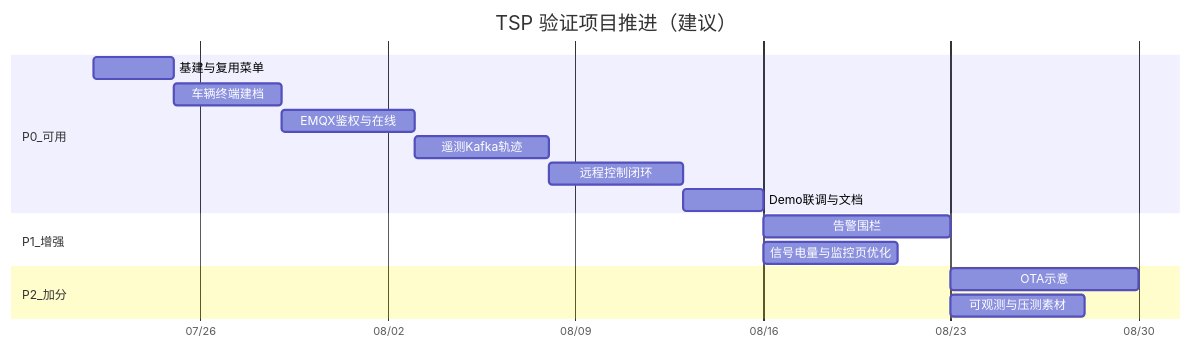
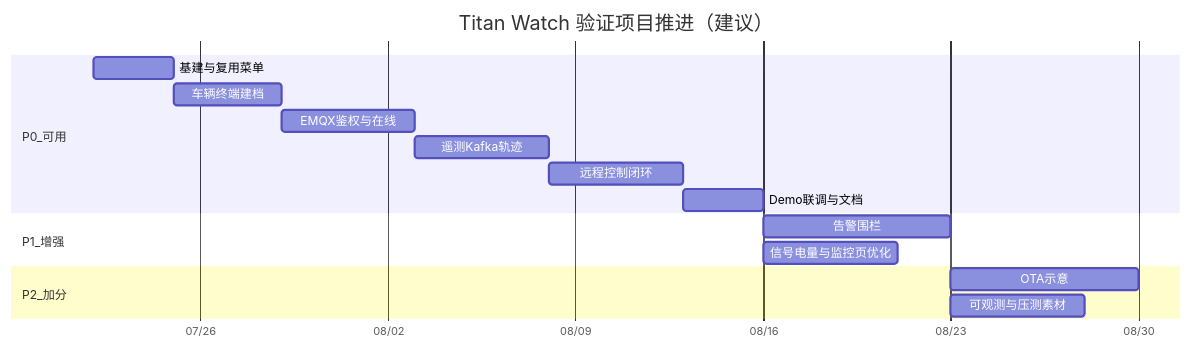
Before and after one commit to codeyunze/yz-mall: the diagram in docs/prepare/开发优先级.md, drawn with Mermaid. The commit also changed other lines of this file and 5 other files, not shown here.

First line of the commit message:
docs(prepare): 更新 Titan Watch 车联网平台文档并新增车辆档案设计

````diff
--- a/docs/prepare/开发优先级.md
+++ b/docs/prepare/开发优先级.md
@@ -18,22 +18,22 @@
 ```mermaid
 gantt
-  title TSP 验证项目推进（建议）
+  title Titan Watch 验证项目推进（建议）
   dateFormat  YYYY-MM-DD
   axisFormat  %m/%d
 
   section P0_可用
   基建与复用菜单           :a1, 2026-07-22, 3d
   车辆终端建档             :a2, after a1, 4d
   EMQX鉴权与在线           :a3, after a2, 5d
   遥测Kafka轨迹            :a4, after a3, 5d
   远程控制闭环             :a5, after a4, 5d
   Demo联调与文档           :a6, after a5, 3d
 
   section P1_增强
   告警围栏                 :b1, after a6, 7d
   信号电量与监控页优化     :b2, after a6, 5d
 
   section P2_加分
   OTA示意                  :c1, after b1, 7d
   可观测与压测素材         :c2, after b1, 5d
 ```
````
